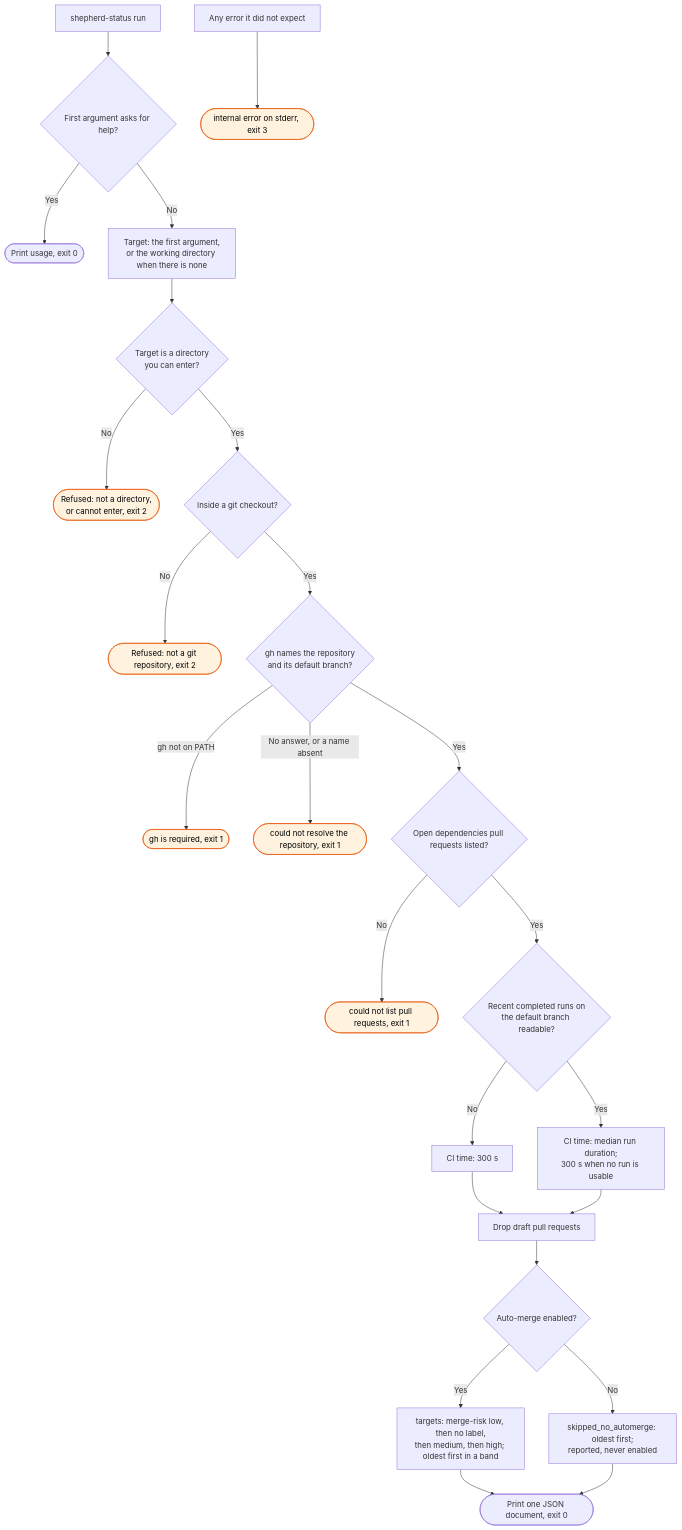
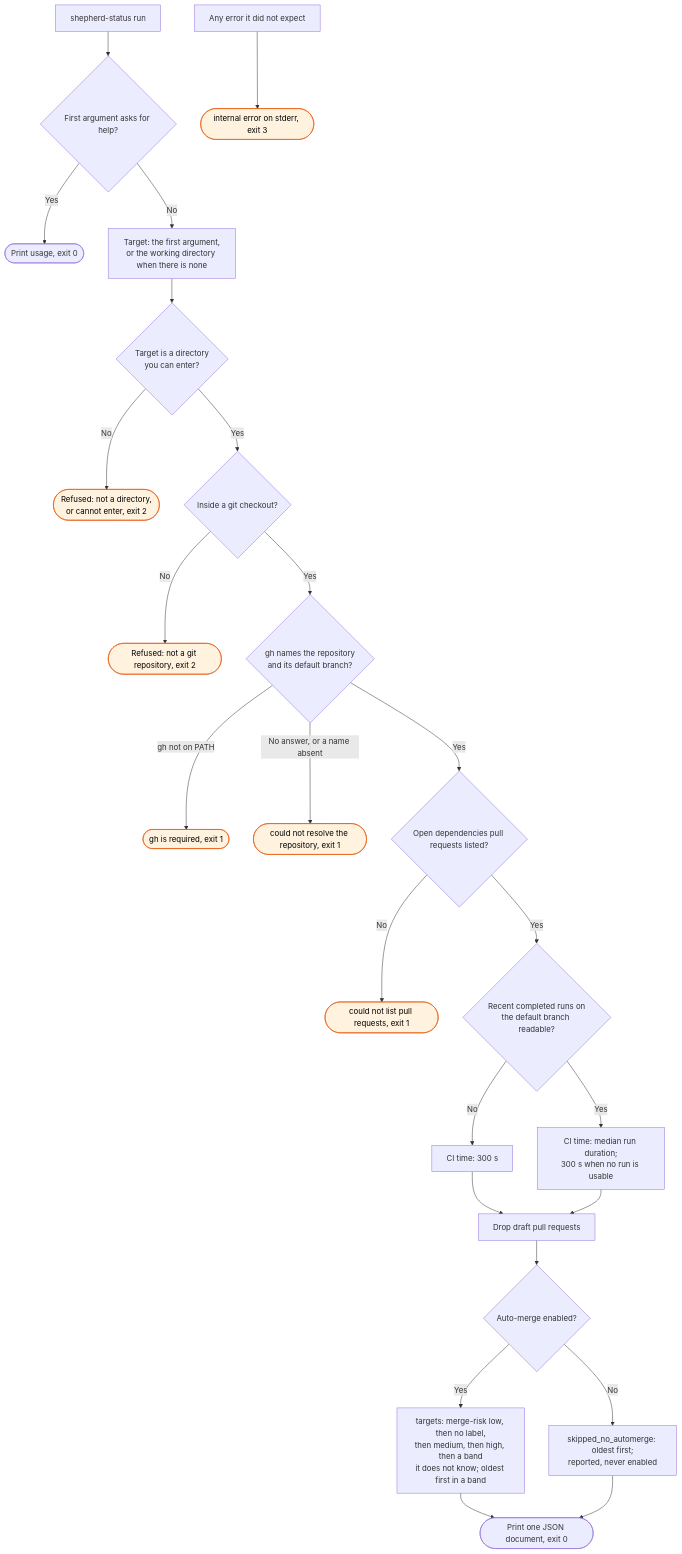
One commit to bje-settings/claude changed the diagram in docs/flows/gh/shepherd/shepherd-status-flow.md. Above: the diagram before and after it, drawn with Mermaid. The commit also changed 6 other files, not shown here.

Commit message:
docs(flows): draw each outcome the code has, and a failed settle read

````diff
--- a/docs/flows/gh/shepherd/shepherd-status-flow.md
+++ b/docs/flows/gh/shepherd/shepherd-status-flow.md
@@ -16,28 +16,28 @@
 ```mermaid
 flowchart TD
     A[shepherd-status run] --> B{First argument asks for help?}
     B -->|Yes| H([Print usage, exit 0])
     B -->|No| C[Target: the first argument,<br/>or the working directory when there is none]
     C --> D{Target is a directory<br/>you can enter?}
     D -->|No| Z1([Refused: not a directory,<br/>or cannot enter, exit 2]):::stop
     D -->|Yes| E{Inside a git checkout?}
     E -->|No| Z2([Refused: not a git repository, exit 2]):::stop
     E -->|Yes| F{gh names the repository<br/>and its default branch?}
     F -->|gh not on PATH| Z3([gh is required, exit 1]):::stop
     F -->|No answer, or a name absent| Z4([could not resolve the repository, exit 1]):::stop
     F -->|Yes| G{Open dependencies pull requests listed?}
     G -->|No| Z5([could not list pull requests, exit 1]):::stop
     G -->|Yes| I{Recent completed runs on<br/>the default branch readable?}
     I -->|No| J[CI time: 300 s]
     I -->|Yes| K[CI time: median run duration;<br/>300 s when no run is usable]
     J --> L[Drop draft pull requests]
     K --> L
     L --> M{Auto-merge enabled?}
-    M -->|Yes| N[targets: merge-risk low, then no label,<br/>then medium, then high; oldest first in a band]
+    M -->|Yes| N[targets: merge-risk low, then no label,<br/>then medium, then high, then a band<br/>it does not know; oldest first in a band]
     M -->|No| O[skipped_no_automerge: oldest first;<br/>reported, never enabled]
     N --> P([Print one JSON document, exit 0])
     O --> P
     X[Any error it did not expect] --> Z6([internal error on stderr, exit 3]):::stop
 
     classDef stop fill:#fff3e0,stroke:#e65100,color:#000
 ```
````
